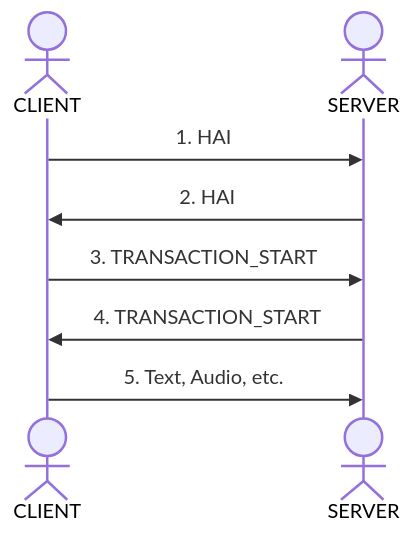
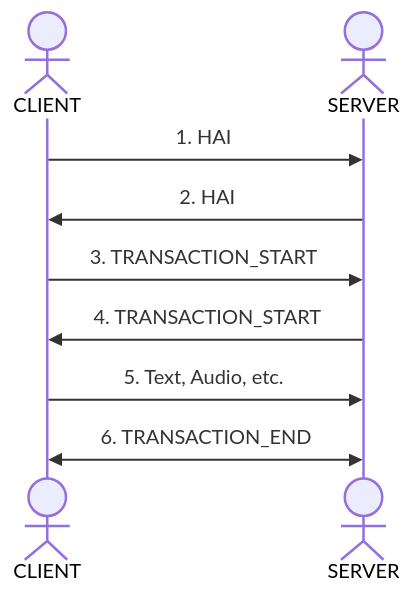
One commit to haiprotocol/haip changed the diagram in docs/technical_overview.mdx. Above: the diagram before and after it, drawn with Mermaid. The commit also changed other lines of this file and 1 other file, not shown here.

````diff
--- a/docs/technical_overview.mdx
+++ b/docs/technical_overview.mdx
@@ -56,10 +55,11 @@
 ```mermaid
 sequenceDiagram
         actor CLIENT
         actor SERVER
         CLIENT->>SERVER: 1. HAI
         SERVER->>CLIENT: 2. HAI
         CLIENT->>SERVER: 3. TRANSACTION_START
         SERVER->>CLIENT: 4. TRANSACTION_START
         CLIENT->>SERVER: 5. Text, Audio, etc.
+        CLIENT<<->>SERVER: 6. TRANSACTION_END
 ```
````
